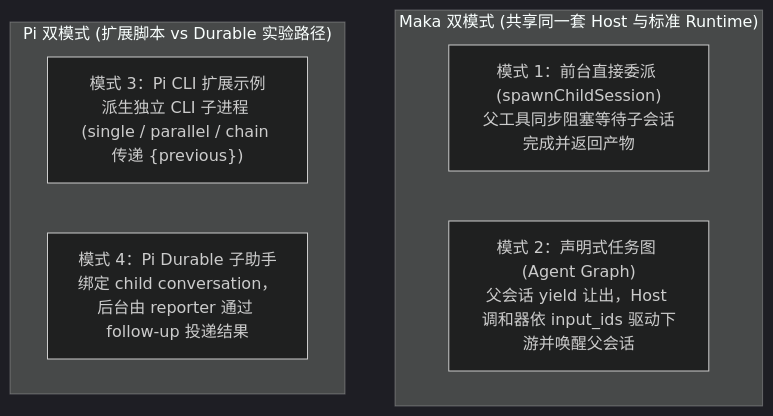
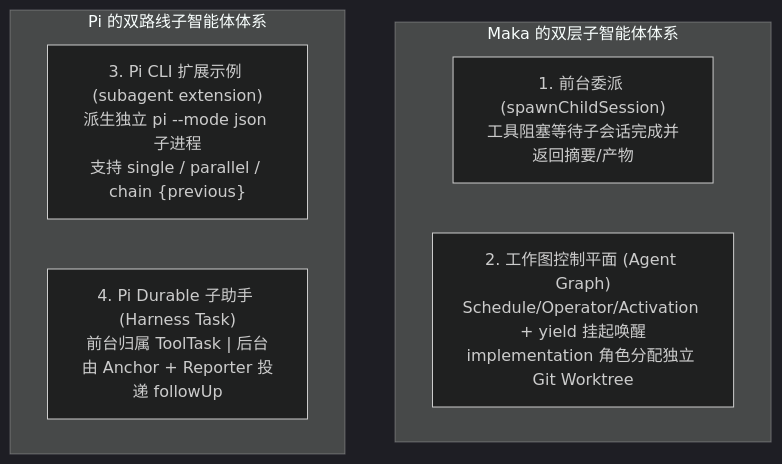
Before and after one commit to suger-m/agent-infrastructure-docs: the diagram in maka-agent-infra/07-comparison/subagent-design.md, drawn with Mermaid (dark theme). The commit also changed other lines of this file and 31 other files, not shown here.

Commit message:
docs: expand and split maka-agent-infra TS edition (32 chapters, 725KB)

````diff
--- a/maka-agent-infra/07-comparison/subagent-design.md
+++ b/maka-agent-infra/07-comparison/subagent-design.md
@@ -17,12 +19,12 @@
 ```mermaid
 flowchart TB
-    subgraph MakaMode["Maka 双模式 (共享同一套 Host 与标准 Runtime)"]
-        M1["模式 1：前台直接委派 (spawnChildSession)<br/>父工具同步阻塞等待子会话完成并返回产物"]
-        M2["模式 2：声明式任务图 (Agent Graph)<br/>父会话 yield 让出，Host 调和器依 input_ids 驱动下游并唤醒父会话"]
+    subgraph MakaModes["Maka 的双层子智能体体系"]
+        MF["1. 前台委派 (spawnChildSession)<br/>工具阻塞等待子会话完成并返回摘要/产物"]
+        MG["2. 工作图控制平面 (Agent Graph)<br/>Schedule/Operator/Activation + yield 挂起唤醒<br/>implementation 角色分配独立 Git Worktree"]
     end
-    
-    subgraph PiMode["Pi 双模式 (扩展脚本 vs Durable 实验路径)"]
-        P1["模式 3：Pi CLI 扩展示例<br/>派生独立 CLI 子进程 (single / parallel / chain 传递 {previous})"]
-        P2["模式 4：Pi Durable 子助手<br/>绑定 child conversation，后台由 reporter 通过 follow-up 投递结果"]
+
+    subgraph PiModes["Pi 的双路线子智能体体系"]
+        PE["3. Pi CLI 扩展示例 (subagent extension)<br/>派生独立 pi --mode json 子进程<br/>支持 single / parallel / chain {previous}"]
+        PD["4. Pi Durable 子助手 (Harness Task)<br/>前台归属 ToolTask | 后台由 Anchor + Reporter 投递 followUp"]
     end
 ```
````
